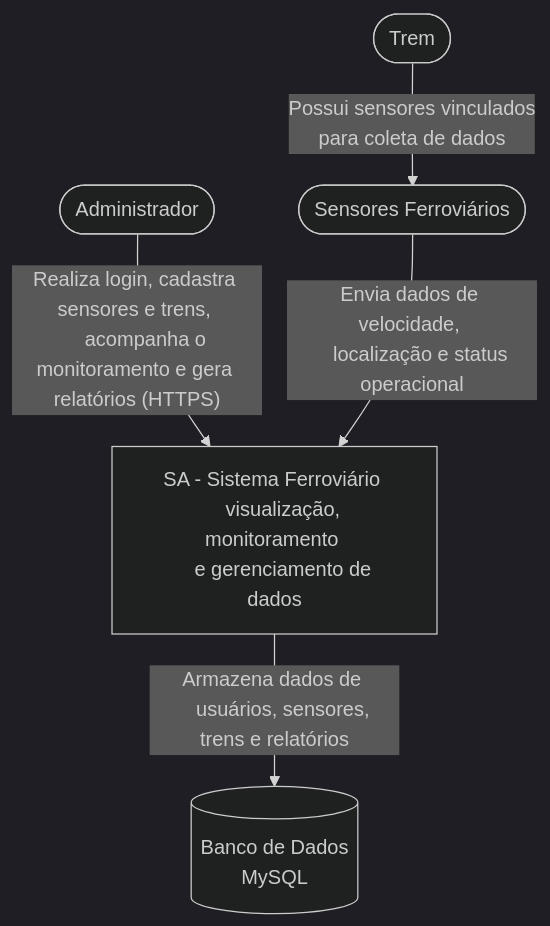
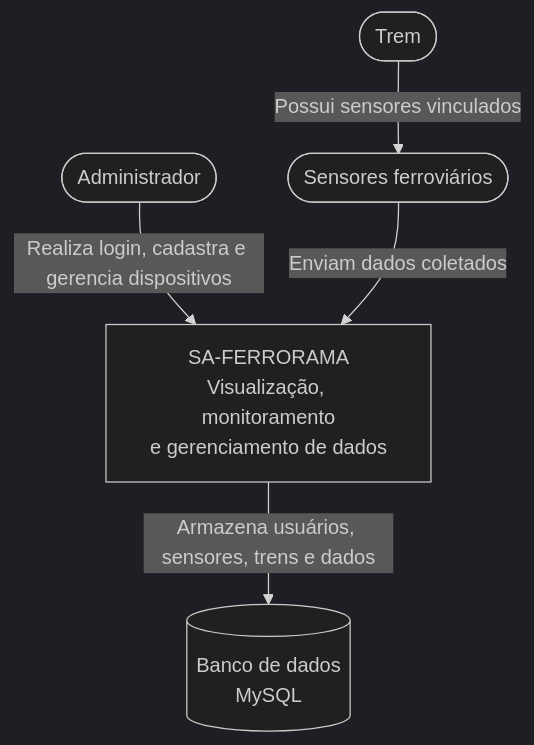
Before and after one commit to MafraMP3/sa-ferrorama: the diagram in README.md, drawn with Mermaid (dark theme). The commit also changed other lines of this file, not shown here.

````diff
--- a/README.md
+++ b/README.md
@@ -81,26 +129,13 @@
 ```mermaid
-flowchart TB 
-    Admin(["Administrador"]) 
-    Sensores(["Sensores Ferroviários"]) 
-    Trem(["Trem"]) 
- 
-    SA["SA - Sistema Ferroviário 
-    visualização, monitoramento 
-    e gerenciamento de dados"] 
- 
-    Banco[("Banco de Dados 
-    MySQL")] 
- 
-    Admin -- "Realiza login, cadastra sensores e trens, 
-    acompanha o monitoramento e gera relatórios (HTTPS)" --> SA 
- 
-    Sensores -- "Envia dados de velocidade, 
-    localização e status operacional" --> SA 
- 
-    Trem -- "Possui sensores vinculados 
-    para coleta de dados" --> Sensores 
- 
-    SA -- "Armazena dados de 
-    usuários, sensores, trens e relatórios" --> Banco
+flowchart TB
+    Admin(["Administrador"])
+    Sensores(["Sensores ferroviários"])
+    Trem(["Trem"])
+    SA["SA-FERRORAMA<br/>Visualização, monitoramento<br/>e gerenciamento de dados"]
+    Banco[("Banco de dados<br/>MySQL")]
 
+    Admin -->|"Realiza login, cadastra e gerencia dispositivos"| SA
+    Sensores -->|"Enviam dados coletados"| SA
+    Trem -->|"Possui sensores vinculados"| Sensores
+    SA -->|"Armazena usuários, sensores, trens e dados"| Banco
 ```
````
